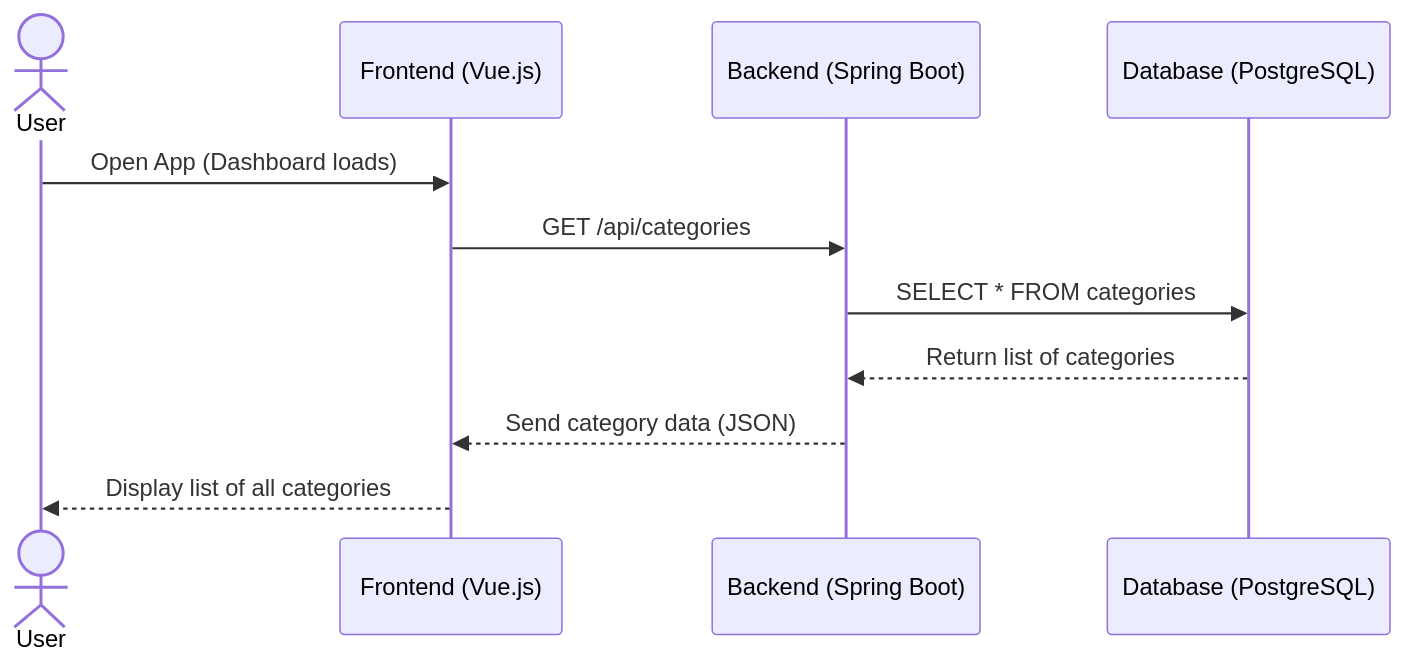
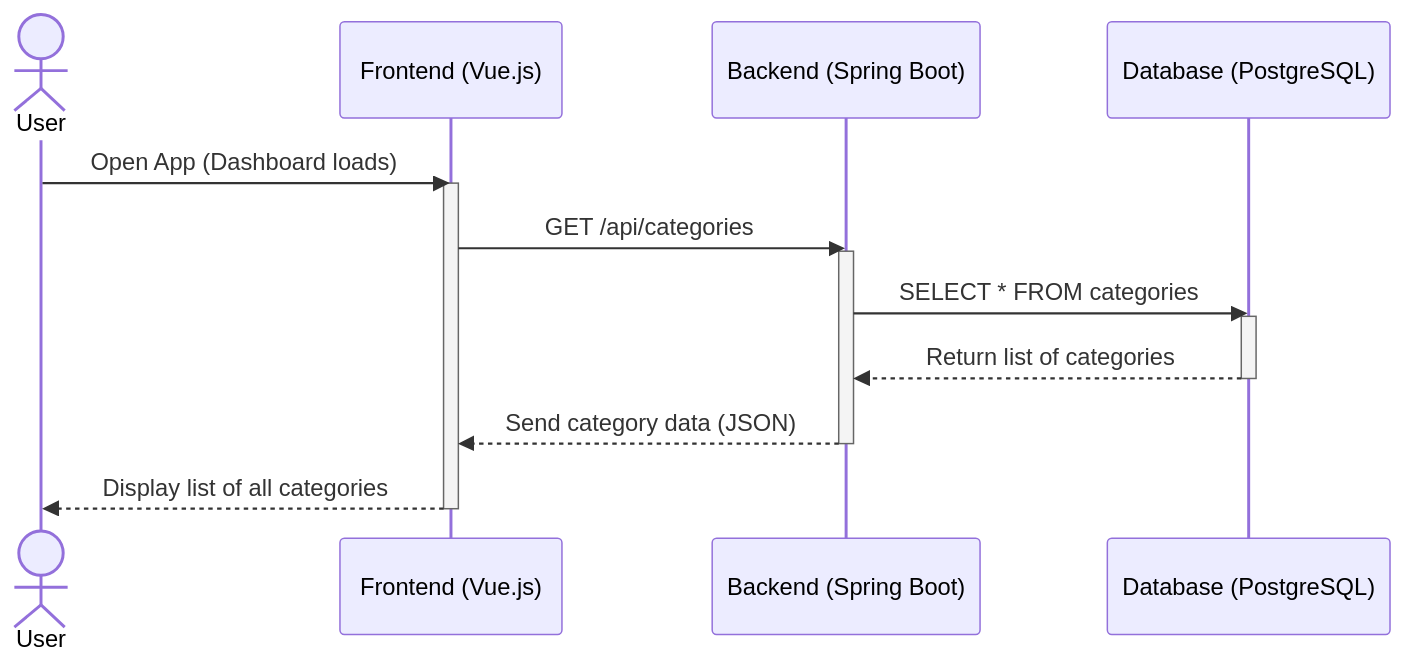
The diagram in Usecases/UC4_Category_Overview.md (Nom-Nom-Now/docs), drawn with Mermaid before and after one commit. The commit also changed 8 other files, not shown here.

Commit message:
add activity balken to diagrams

````diff
--- a/Usecases/UC4_Category_Overview.md
+++ b/Usecases/UC4_Category_Overview.md
@@ -17,14 +17,20 @@
 ```mermaid
 sequenceDiagram
     actor User
     participant FE as Frontend (Vue.js)
     participant BE as Backend (Spring Boot)
     participant DB as Database (PostgreSQL)
 
     User->>FE: Open App (Dashboard loads)
+    activate FE
     FE->>BE: GET /api/categories
+    activate BE
     BE->>DB: SELECT * FROM categories
+    activate DB
     DB-->>BE: Return list of categories
+    deactivate DB
     BE-->>FE: Send category data (JSON)
+    deactivate BE
     FE-->>User: Display list of all categories
+    deactivate FE
 ```
````
